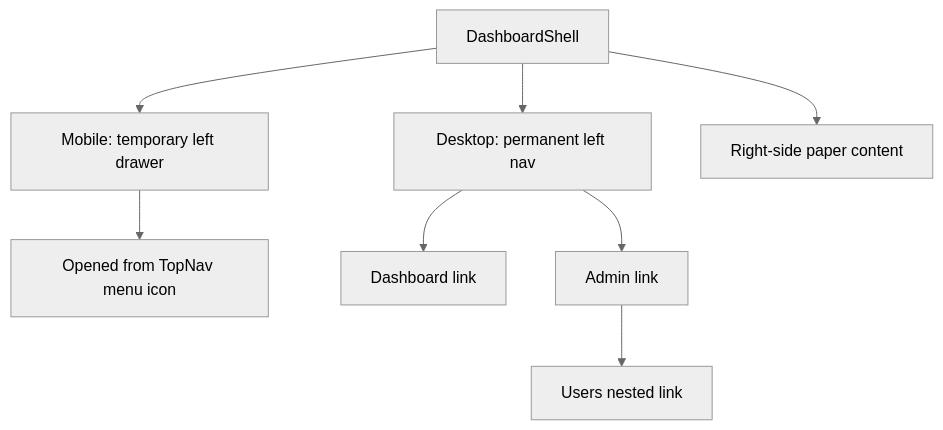
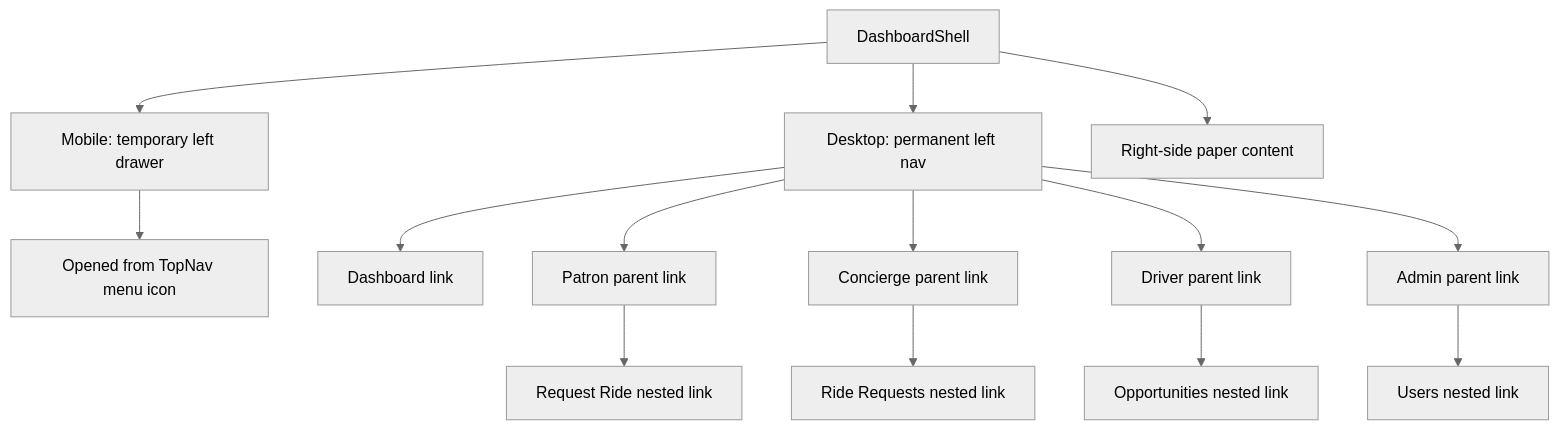
Before and after one commit to matthewlovestocode/designated: the diagram in docs/web/components/dashboard-shell.md, drawn with Mermaid (neutral theme). The commit also changed other lines of this file and 19 other files, not shown here.

````diff
--- a/docs/web/components/dashboard-shell.md
+++ b/docs/web/components/dashboard-shell.md
@@ -228,10 +259,16 @@
 ```mermaid
 flowchart TD
     A["DashboardShell"] --> B["Desktop: permanent left nav"]
     A --> C["Mobile: temporary left drawer"]
     C --> D["Opened from TopNav menu icon"]
     B --> E["Dashboard link"]
-    B --> F["Admin link"]
-    F --> G["Users nested link"]
-    A --> H["Right-side paper content"]
+    B --> F["Patron parent link"]
+    B --> G["Concierge parent link"]
+    B --> H["Driver parent link"]
+    B --> I["Admin parent link"]
+    F --> J["Request Ride nested link"]
+    G --> K["Ride Requests nested link"]
+    H --> L["Opportunities nested link"]
+    I --> M["Users nested link"]
+    A --> N["Right-side paper content"]
 ```
````
